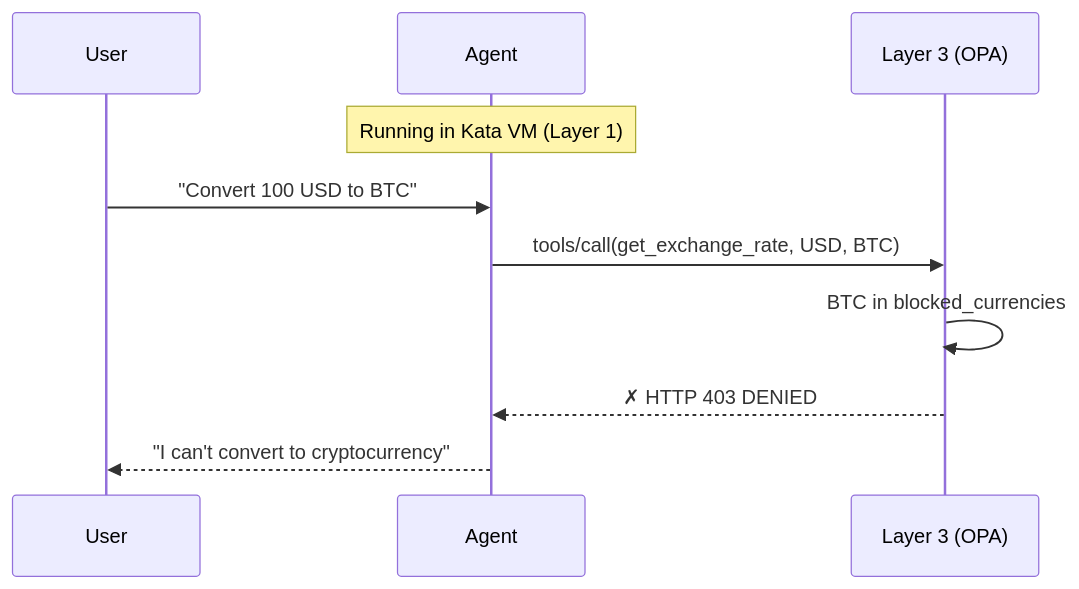
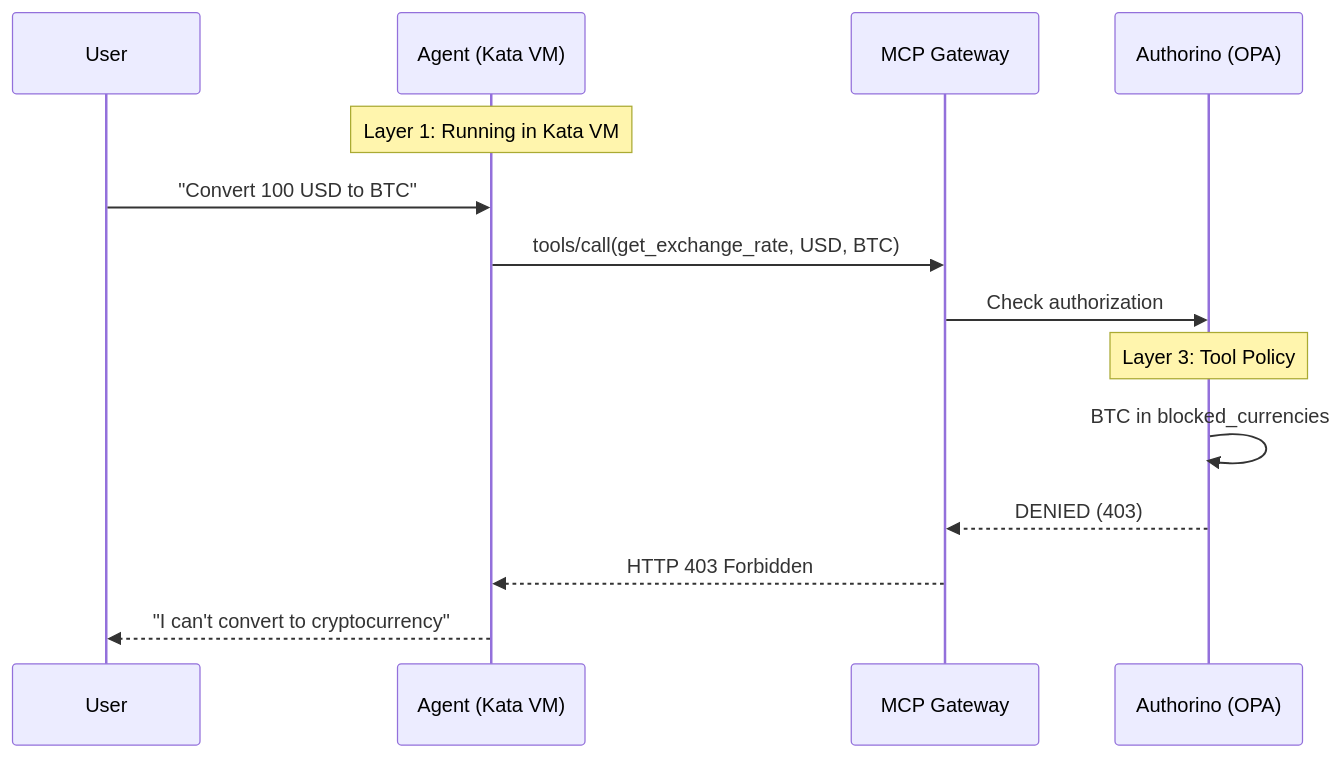
The third of 3 diagrams in docs/workshop/01-foundations/02-defense-in-depth.md (rrbanda/agent-sandbox-ocp), drawn with Mermaid before and after one commit. The commit also changed other lines of this file and 44 other files, not shown here.

````diff
--- a/docs/workshop/01-foundations/02-defense-in-depth.md
+++ b/docs/workshop/01-foundations/02-defense-in-depth.md
@@ -249,14 +254,18 @@
 ```mermaid
 sequenceDiagram
     participant User
-    participant Agent
-    participant L3 as Layer 3 (OPA)
+    participant Agent as Agent (Kata VM)
+    participant Gateway as MCP Gateway
+    participant Authorino as Authorino (OPA)
 
-    Note over Agent: Running in Kata VM (Layer 1)
+    Note over Agent: Layer 1: Running in Kata VM
     
     User->>Agent: "Convert 100 USD to BTC"
-    Agent->>L3: tools/call(get_exchange_rate, USD, BTC)
-    L3->>L3: BTC in blocked_currencies
-    L3-->>Agent: ✗ HTTP 403 DENIED
+    Agent->>Gateway: tools/call(get_exchange_rate, USD, BTC)
+    Gateway->>Authorino: Check authorization
+    Note over Authorino: Layer 3: Tool Policy
+    Authorino->>Authorino: BTC in blocked_currencies
+    Authorino-->>Gateway: DENIED (403)
+    Gateway-->>Agent: HTTP 403 Forbidden
     Agent-->>User: "I can't convert to cryptocurrency"
 ```
````
